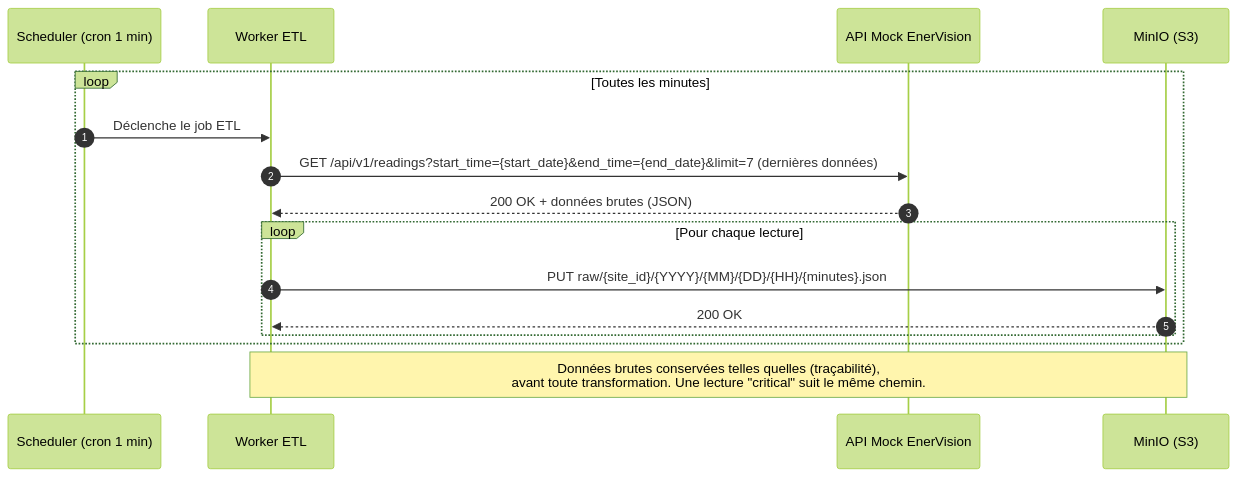
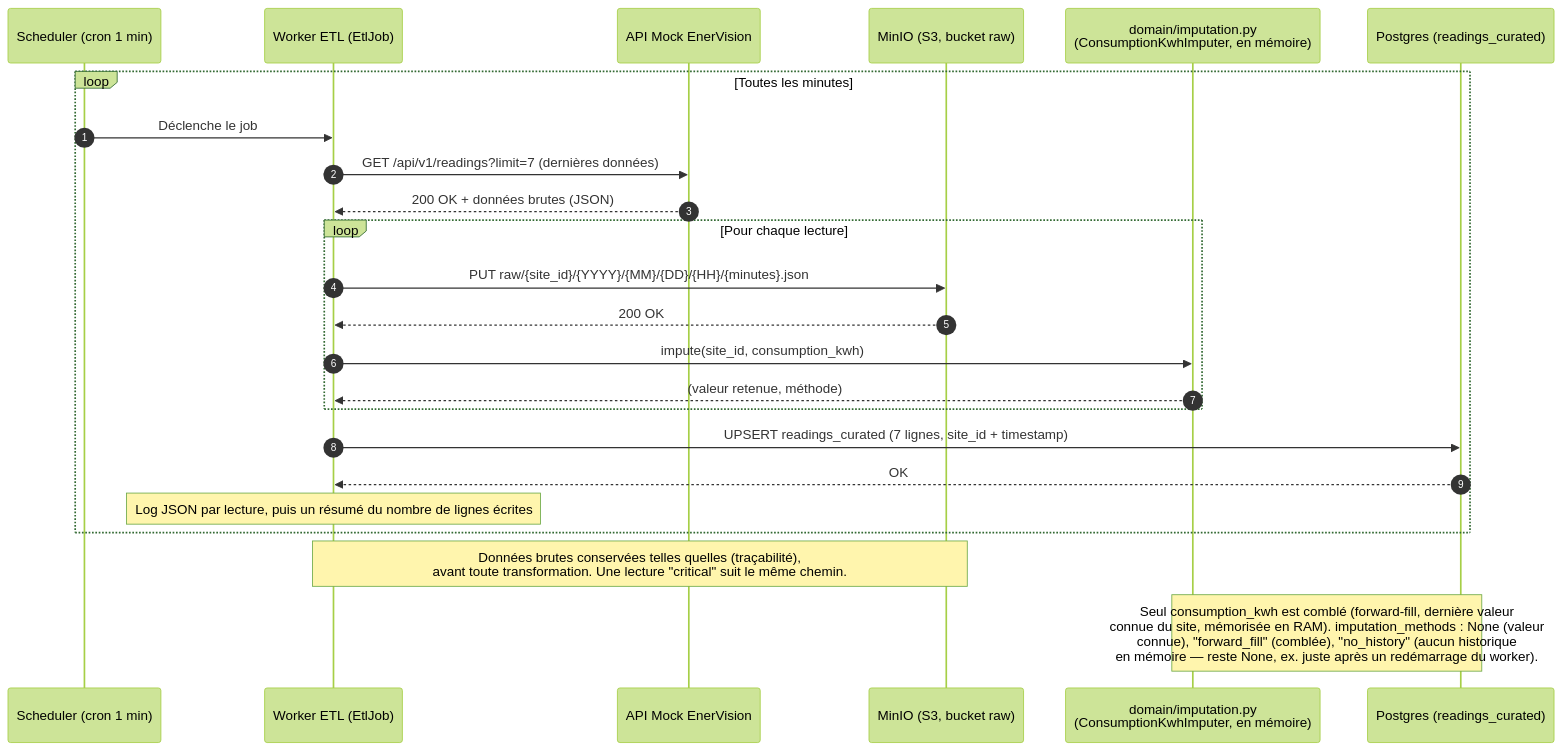
One commit to PetitPingu/EnerVision changed the diagram in docs/seq_etl.md. Above: the diagram before and after it, drawn with Mermaid (forest theme). The commit also changed other lines of this file and 25 other files, not shown here.

````diff
--- a/docs/seq_etl.md
+++ b/docs/seq_etl.md
@@ -12,20 +10,28 @@
 ```mermaid
 sequenceDiagram
     autonumber
     participant Cron as Scheduler (cron 1 min)
-    participant Worker as Worker ETL
+    participant Worker as Worker ETL (EtlJob)
     participant Mock as API Mock EnerVision
-    participant MinIO as MinIO (S3)
+    participant MinIO as MinIO (S3, bucket raw)
+    participant Impute as domain/imputation.py<br/>(ConsumptionKwhImputer, en mémoire)
+    participant DB as Postgres (readings_curated)
 
     loop Toutes les minutes
-        Cron->>Worker: Déclenche le job ETL
-        Worker->>Mock: GET /api/v1/readings?start_time={start_date}&end_time={end_date}&limit=7 (dernières données)
+        Cron->>Worker: Déclenche le job
+        Worker->>Mock: GET /api/v1/readings?limit=7 (dernières données)
         Mock-->>Worker: 200 OK + données brutes (JSON)
         loop Pour chaque lecture
             Worker->>MinIO: PUT raw/{site_id}/{YYYY}/{MM}/{DD}/{HH}/{minutes}.json
             MinIO-->>Worker: 200 OK
+            Worker->>Impute: impute(site_id, consumption_kwh)
+            Impute-->>Worker: (valeur retenue, méthode)
         end
+        Worker->>DB: UPSERT readings_curated (7 lignes, site_id + timestamp)
+        DB-->>Worker: OK
+        Note over Worker: Log JSON par lecture, puis un résumé du nombre de lignes écrites
     end
 
     Note over Worker,MinIO: Données brutes conservées telles quelles (traçabilité),<br/>avant toute transformation. Une lecture "critical" suit le même chemin.
+    Note over Impute,DB: Seul consumption_kwh est comblé (forward-fill, dernière valeur<br/>connue du site, mémorisée en RAM). imputation_methods : None (valeur<br/>connue), "forward_fill" (comblée), "no_history" (aucun historique<br/>en mémoire — reste None, ex. juste après un redémarrage du worker).
 ```
````
